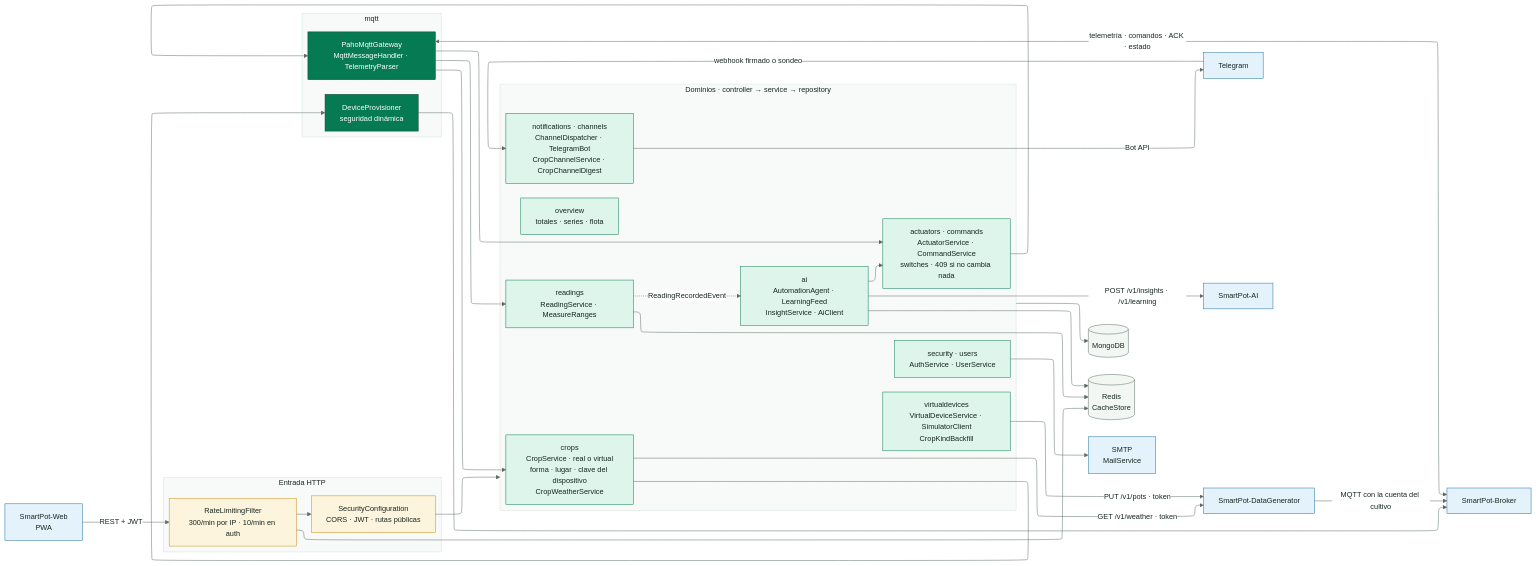
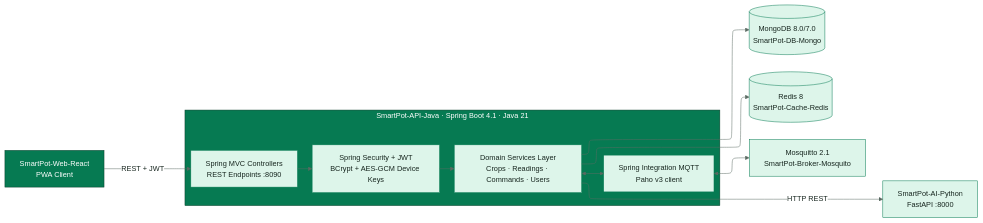
One commit to SmartPotTech/SmartPot-API-Java changed the first of 4 diagrams in docs/SmartPot_API_Documentation.md. Above: the diagram before and after it, drawn with Mermaid. The commit also changed other lines of this file and 15 other files, not shown here.

Commit message:
docs(specs): standardize legacy english documentation, notices, diagrams, and manuals

````diff
--- a/docs/SmartPot_API_Documentation.md
+++ b/docs/SmartPot_API_Documentation.md
@@ -59,60 +54,28 @@
 ```mermaid
 %%{init: {"theme": "base", "fontFamily": "Segoe UI, Arial, sans-serif", "themeVariables": {"fontFamily": "Segoe UI, Arial, sans-serif", "fontSize": "15px", "primaryColor": "#DDF5EA", "primaryTextColor": "#17261F", "primaryBorderColor": "#067A52", "secondaryColor": "#E3F2FB", "secondaryTextColor": "#17261F", "secondaryBorderColor": "#1F6FA0", "tertiaryColor": "#F2F7F4", "tertiaryTextColor": "#17261F", "tertiaryBorderColor": "#D5E3DC", "lineColor": "#5B6B63", "textColor": "#17261F", "mainBkg": "#DDF5EA", "nodeBorder": "#067A52", "clusterBkg": "#F7FAF8", "clusterBorder": "#D5E3DC", "edgeLabelBackground": "#FFFFFF", "actorBkg": "#067A52", "actorBorder": "#0B3D2B", "actorTextColor": "#FFFFFF", "actorLineColor": "#5B6B63", "signalColor": "#17261F", "signalTextColor": "#17261F", "labelBoxBkgColor": "#0B3D2B", "labelBoxBorderColor": "#0B3D2B", "labelTextColor": "#FFFFFF", "loopTextColor": "#0B3D2B", "noteBkgColor": "#FDF4DD", "noteBorderColor": "#C98D12", "noteTextColor": "#17261F", "activationBkgColor": "#DDF5EA", "activationBorderColor": "#067A52", "attributeBackgroundColorOdd": "#FFFFFF", "attributeBackgroundColorEven": "#F2F7F4"}, "layout": "elk", "elk": {"nodePlacementStrategy": "BRANDES_KOEPF", "mergeEdges": false, "cycleBreakingStrategy": "GREEDY"}}}%%
 flowchart LR
-  pwa["SmartPot-Web<br/>PWA"]
-  tg["Telegram"]
-  subgraph borde["Entrada HTTP"]
+  client["SmartPot-Web-React<br/>PWA Client"]
+  subgraph api["SmartPot-API-Java · Spring Boot 4.1 · Java 21"]
     direction TB
-    sec["SecurityConfiguration<br/>CORS · JWT · rutas públicas"]
-    rate["RateLimitingFilter<br/>300/min por IP · 10/min en auth"]
+    web["Spring MVC Controllers<br/>REST Endpoints :8090"]
+    sec["Spring Security + JWT<br/>BCrypt + AES-GCM Device Keys"]
+    mqtt["Spring Integration MQTT<br/>Paho v3 client"]
+    svc["Domain Services Layer<br/>Crops · Readings · Commands · Users"]
   end
-  subgraph dominio["Dominios · controller → service → repository"]
-    direction TB
-    auth["security · users<br/>AuthService · UserService"]
-    crops["crops<br/>CropService · real o virtual<br/>forma · lugar · clave del dispositivo<br/>CropWeatherService"]
-    readings["readings<br/>ReadingService · MeasureRanges"]
-    actuators["actuators · commands<br/>ActuatorService · CommandService<br/>switches · 409 si no cambia nada"]
-    overview["overview<br/>totales · series · flota"]
-    notif["notifications · channels<br/>ChannelDispatcher · TelegramBot<br/>CropChannelService · CropChannelDigest"]
-    virtual["virtualdevices<br/>VirtualDeviceService · SimulatorClient<br/>CropKindBackfill"]
-    ai["ai<br/>AutomationAgent · LearningFeed<br/>InsightService · AiClient"]
-  end
-  subgraph mqtt["mqtt"]
-    direction TB
-    gateway["PahoMqttGateway<br/>MqttMessageHandler · TelemetryParser"]
-    prov["DeviceProvisioner<br/>seguridad dinámica"]
-  end
-  mongo[("MongoDB")]
-  redis[("Redis<br/>CacheStore")]
-  broker["SmartPot-Broker"]
-  aisvc["SmartPot-AI"]
-  sim["SmartPot-DataGenerator"]
-  smtp["SMTP<br/>MailService"]
-  pwa -->|"REST + JWT"| rate --> sec --> dominio
-  tg -->|"webhook firmado o sondeo"| notif
-  notif -->|"Bot API"| tg
-  dominio --> mongo
-  rate & readings & ai --> redis
-  auth --> smtp
-  crops --> prov --> broker
-  gateway <-->|"telemetría · comandos · ACK · estado"| broker
-  gateway --> readings & actuators & crops
-  readings -.->|"ReadingRecordedEvent"| ai
-  ai -->|"POST /v1/insights · /v1/learning"| aisvc
-  ai --> actuators --> gateway
-  virtual -->|"PUT /v1/pots · token"| sim
-  crops -->|"GET /v1/weather · token"| sim
-  sim -->|"MQTT con la cuenta del cultivo"| broker
+  db[("MongoDB 8.0/7.0<br/>SmartPot-DB-Mongo")]
+  cache[("Redis 8<br/>SmartPot-Cache-Redis")]
+  broker["Mosquitto 2.1<br/>SmartPot-Broker-Mosquito"]
+  ai["SmartPot-AI-Python<br/>FastAPI :8000"]
+  client -->|"REST + JWT"| web
+  web --> sec --> svc
+  svc --> db
+  svc --> cache
+  mqtt <--> broker
+  svc <--> mqtt
+  svc -->|"HTTP REST"| ai
+  classDef core fill:#067A52,stroke:#0B3D2B,color:#FFFFFF
   classDef leaf fill:#DDF5EA,stroke:#067A52,color:#17261F
-  classDef water fill:#E3F2FB,stroke:#1F6FA0,color:#17261F
-  classDef sun fill:#FDF4DD,stroke:#C98D12,color:#17261F
-  classDef clay fill:#FBE9E1,stroke:#B85A38,color:#17261F
-  classDef core fill:#067A52,stroke:#0B3D2B,color:#FFFFFF
-  classDef deep fill:#0B3D2B,stroke:#06281C,color:#FFFFFF
-  classDef muted fill:#F2F7F4,stroke:#5B6B63,color:#17261F
-  class pwa,tg,broker,aisvc,sim,smtp water
-  class sec,rate sun
-  class auth,crops,readings,actuators,overview,notif,virtual,ai leaf
-  class gateway,prov core
-  class mongo,redis muted
+  class client,api core
+  class web,sec,mqtt,svc leaf
+  class db,cache,broker,ai leaf
 ```
````
